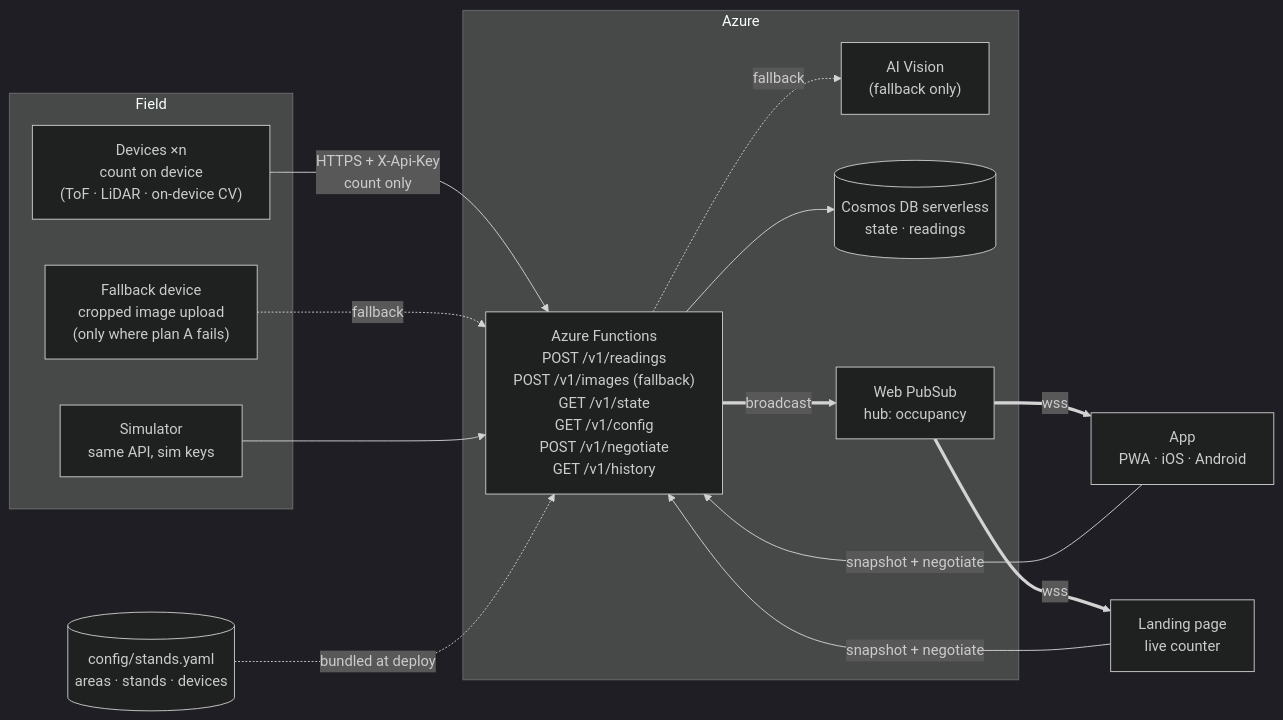
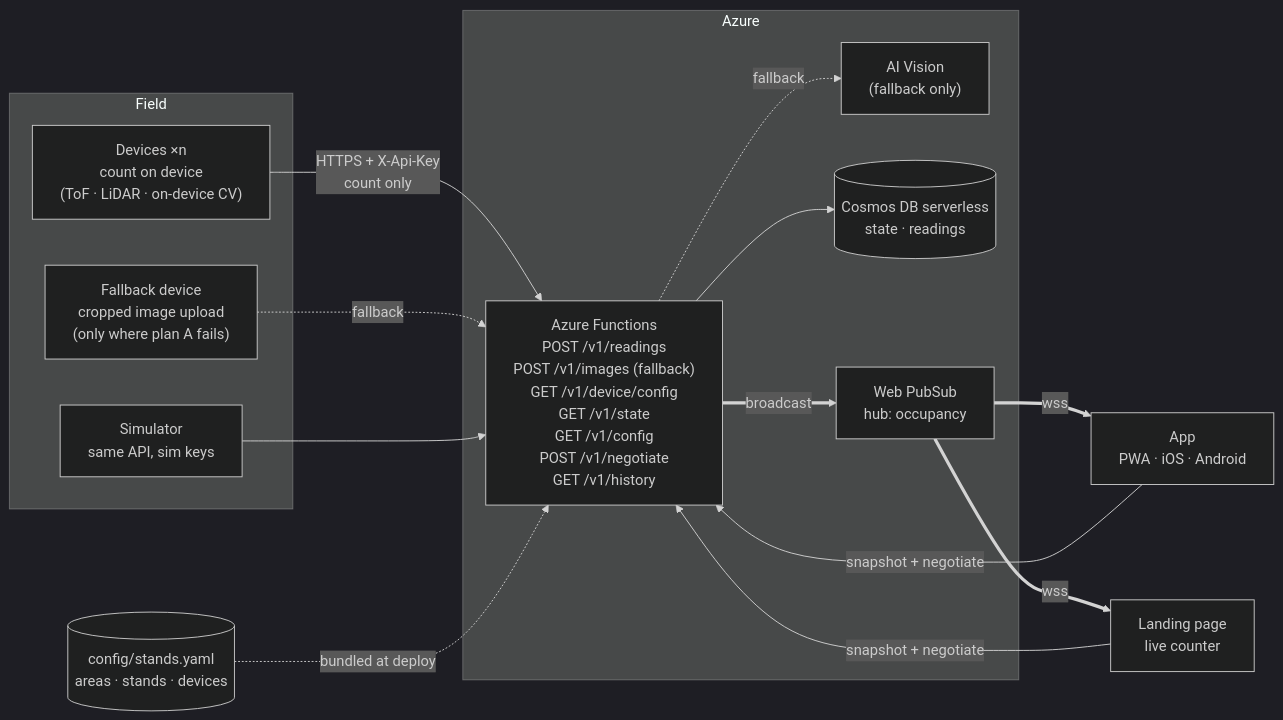
Before and after one commit to The-Booligans/slotinvaders: the first of 2 diagrams in documentation/architecture.md, drawn with Mermaid (dark theme). The commit also changed other lines of this file and 7 other files, not shown here.

First line of the commit message:
✨ feat: thor — per-device config from the backend (thresholds + slot count)

````diff
--- a/documentation/architecture.md
+++ b/documentation/architecture.md
@@ -42,29 +42,29 @@
 ```mermaid
 flowchart LR
   subgraph Field
     D["Devices ×n<br/>count on device<br/>(ToF · LiDAR · on-device CV)"]
     DF["Fallback device<br/>cropped image upload<br/>(only where plan A fails)"]
     S["Simulator<br/>same API, sim keys"]
   end
   C[("config/stands.yaml<br/>areas · stands · devices")]
   subgraph Azure
-    F["Azure Functions<br/>POST /v1/readings<br/>POST /v1/images (fallback)<br/>GET /v1/state<br/>GET /v1/config<br/>POST /v1/negotiate<br/>GET /v1/history"]
+    F["Azure Functions<br/>POST /v1/readings<br/>POST /v1/images (fallback)<br/>GET /v1/device/config<br/>GET /v1/state<br/>GET /v1/config<br/>POST /v1/negotiate<br/>GET /v1/history"]
     V["AI Vision<br/>(fallback only)"]
     DB[("Cosmos DB serverless<br/>state · readings")]
     P["Web PubSub<br/>hub: occupancy"]
   end
   A["App<br/>PWA · iOS · Android"]
   L["Landing page<br/>live counter"]
 
   D -- "HTTPS + X-Api-Key<br/>count only" --> F
   DF -. fallback .-> F
   S --> F
   C -. bundled at deploy .-> F
   F -. fallback .-> V
   F --> DB
   F == broadcast ==> P
   P == wss ==> A
   P == wss ==> L
   A -- "snapshot + negotiate" --> F
   L -- "snapshot + negotiate" --> F
 ```
````
